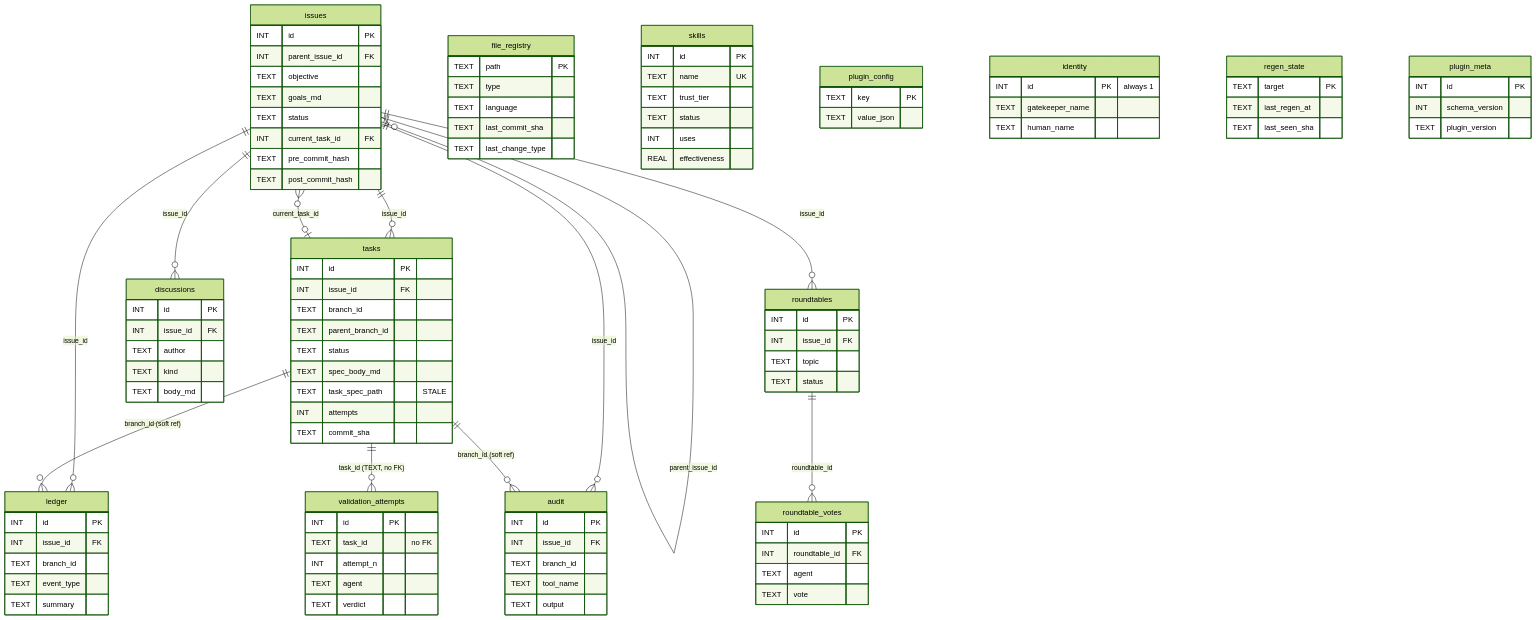
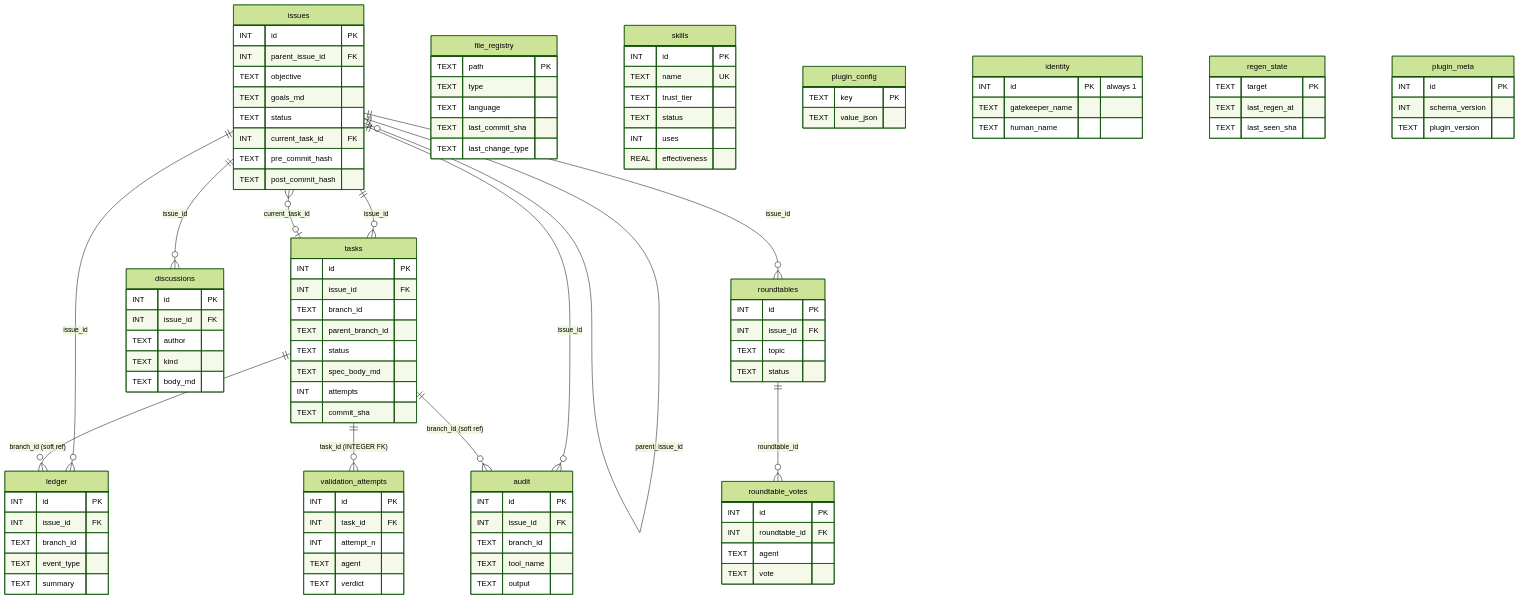
One commit to trustmybot/plugin changed the diagram in docs/architecture/ERD.md. Above: the diagram before and after it, drawn with Mermaid (forest theme). The commit also changed other lines of this file and 1 other file, not shown here.

First line of the commit message:
📝 docs: refresh architecture baseline for 4-agent roster + schema v6

```diff
--- a/docs/architecture/ERD.md
+++ b/docs/architecture/ERD.md
@@ -23,7 +23,7 @@
     issues ||--o{ roundtables : "issue_id"
     issues }o--o| tasks : "current_task_id"
 
-    tasks ||--o{ validation_attempts : "task_id (TEXT, no FK)"
+    tasks ||--o{ validation_attempts : "task_id (INTEGER FK)"
     tasks ||--o{ ledger : "branch_id (soft ref)"
     tasks ||--o{ audit : "branch_id (soft ref)"
 
@@ -87,14 +87,13 @@
         TEXT parent_branch_id
         TEXT status
         TEXT spec_body_md
-        TEXT task_spec_path "STALE"
         INT  attempts
         TEXT commit_sha
     }
 
     validation_attempts {
         INT  id PK
-        TEXT task_id "no FK"
+        INT  task_id FK
         INT  attempt_n
         TEXT agent
         TEXT verdict
```
